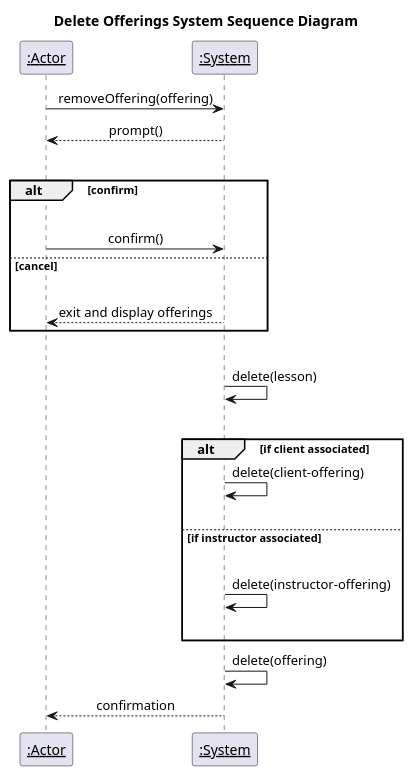
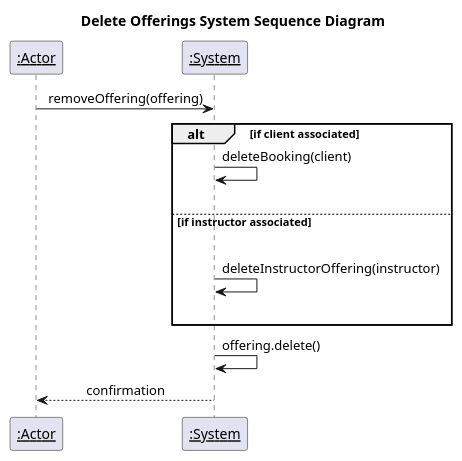
Before and after one commit to PrinceOfNothingg/Lesson-Booking-Management-System: the third of 4 diagrams in deliverables/2024-10-18/offering-system-sequence-diagram.md, drawn with PlantUML. The commit also changed other lines of this file and 29 other files, not shown here.

````diff
--- a/deliverables/2024-10-18/offering-system-sequence-diagram.md
+++ b/deliverables/2024-10-18/offering-system-sequence-diagram.md
@@ -99,37 +92,24 @@
 ``` plantuml
 @startuml
 participant "__:Actor__" as actor
 participant "__:System__" as system
 
 title Delete Offerings System Sequence Diagram
 
 skinparam sequenceMessageAlign center
 
 actor -> system : removeOffering(offering)
-system --> actor : prompt()
-|||
-alt confirm
-|||
-actor -> system : confirm()
-else cancel
-|||
-system --> actor : exit and display offerings
-end
-
-|||
-system -> system : delete(lesson)
-|||
 
 alt if client associated
-  system -> system : delete(client-offering)
+  system -> system : deleteBooking(client)
 |||
 else if instructor associated
 |||
-  system -> system : delete(instructor-offering)
+  system -> system : deleteInstructorOffering(instructor)
 |||
 end
 
-system -> system : delete(offering)
+system -> system : offering.delete()
 system --> actor : confirmation
 @enduml
 ```
````
